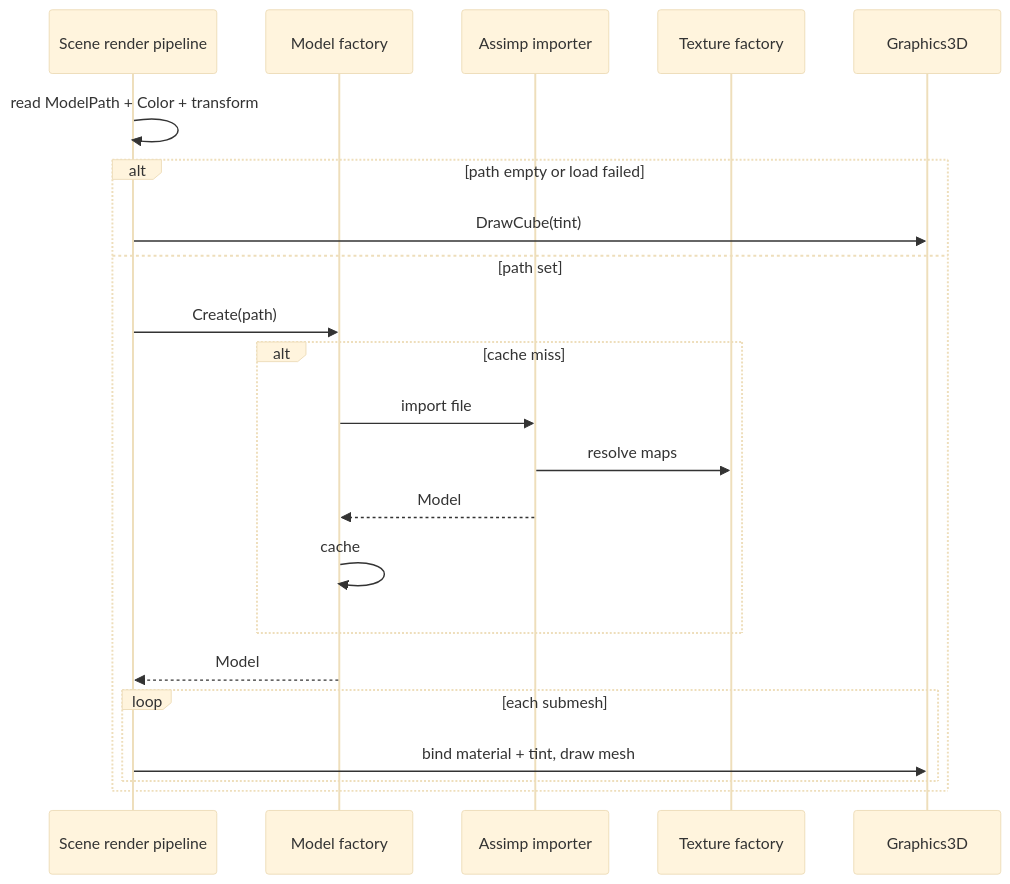
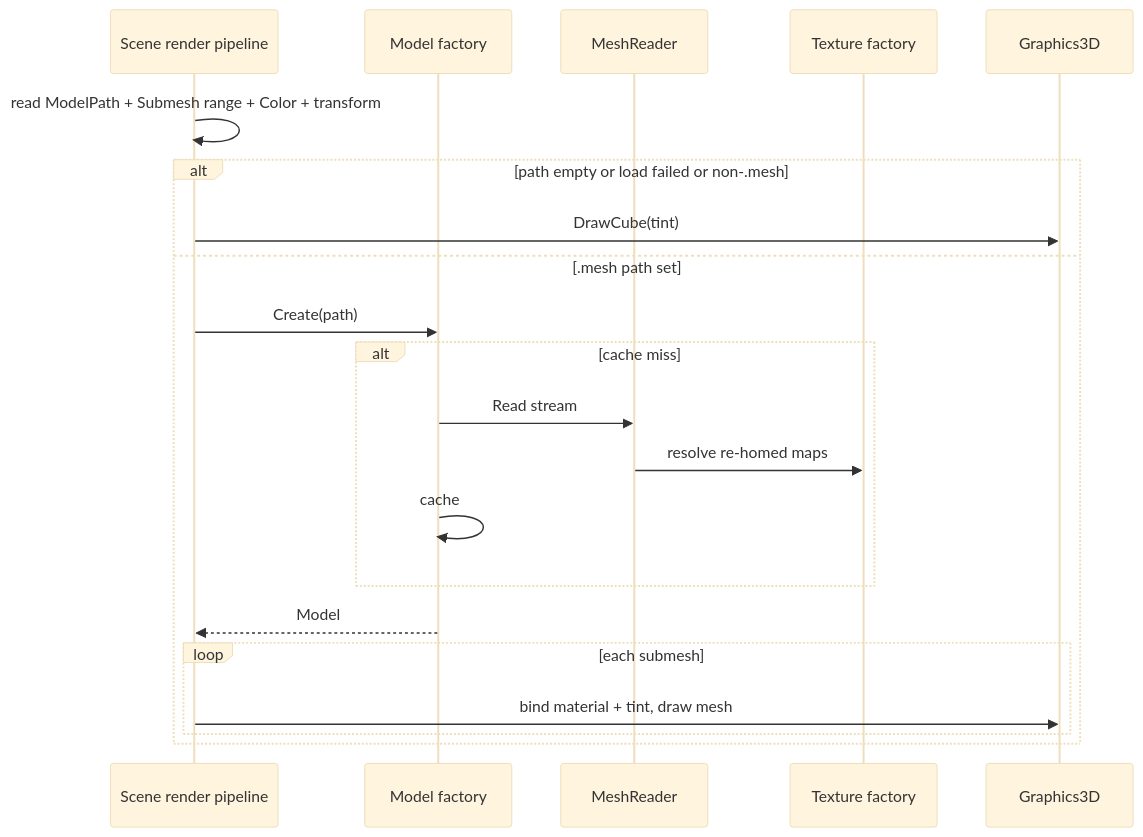
The second of 2 diagrams in docs/specs/3d-model-loading/developer-guide.md (kateusz/GameEngine), drawn with Mermaid (base theme) before and after one commit. The commit also changed other lines of this file and 44 other files, not shown here.

````diff
--- a/docs/specs/3d-model-loading/developer-guide.md
+++ b/docs/specs/3d-model-loading/developer-guide.md
@@ -177,25 +154,24 @@
 ```mermaid
 sequenceDiagram
   participant Pipeline as Scene render pipeline
   participant Factory as Model factory
-  participant Assimp as Assimp importer
+  participant Reader as MeshReader
   participant Tex as Texture factory
   participant G3D as Graphics3D
 
-  Pipeline->>Pipeline: read ModelPath + Color + transform
-  alt path empty or load failed
+  Pipeline->>Pipeline: read ModelPath + Submesh range + Color + transform
+  alt path empty or load failed or non-.mesh
     Pipeline->>G3D: DrawCube(tint)
-  else path set
+  else .mesh path set
     Pipeline->>Factory: Create(path)
     alt cache miss
-      Factory->>Assimp: import file
-      Assimp->>Tex: resolve maps
-      Assimp-->>Factory: Model
+      Factory->>Reader: Read stream
+      Reader->>Tex: resolve re-homed maps
       Factory->>Factory: cache
     end
     Factory-->>Pipeline: Model
     loop each submesh
       Pipeline->>G3D: bind material + tint, draw mesh
     end
   end
 ```
````
